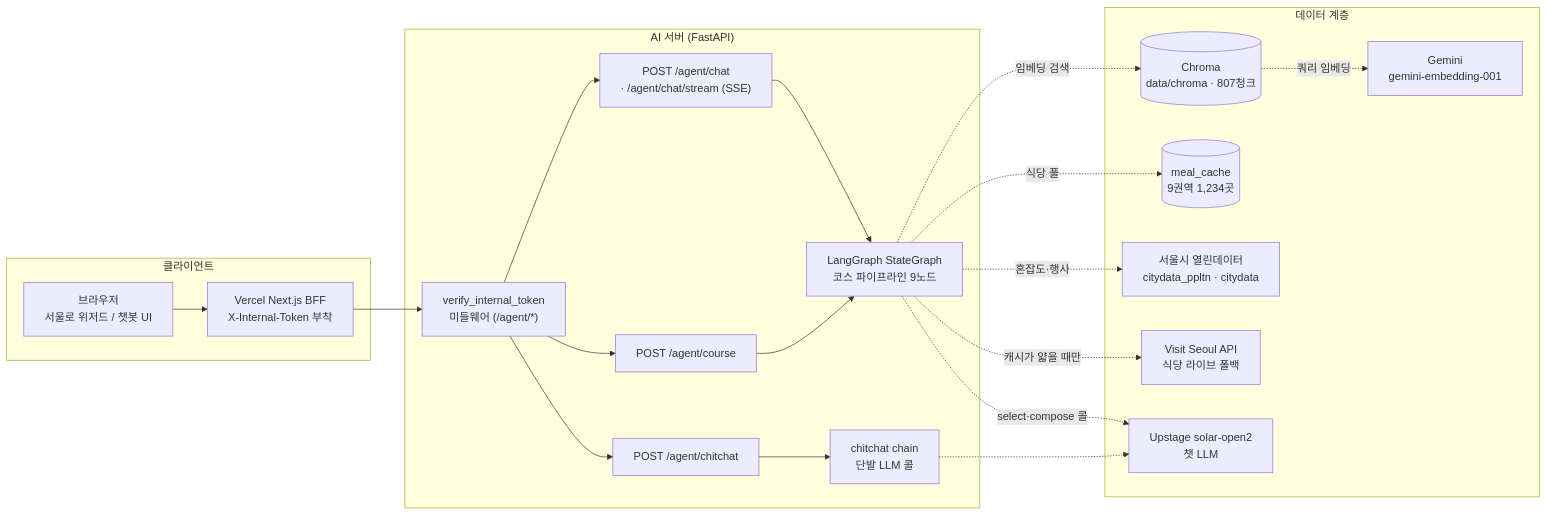
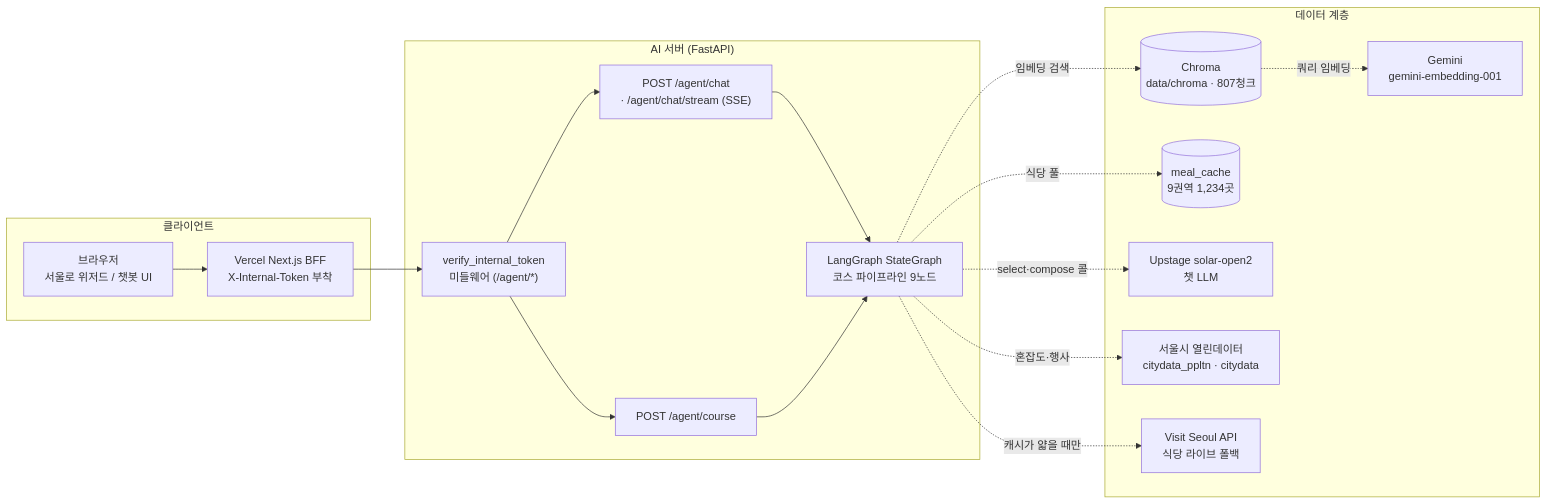
The first of 2 diagrams in README.md (seoddhh/lewisai), drawn with Mermaid before and after one commit. The commit also changed other lines of this file and 6 other files, not shown here.

````diff
--- a/README.md
+++ b/README.md
@@ -21,37 +22,33 @@
 ```mermaid
 flowchart LR
     subgraph client["클라이언트"]
         BR["브라우저<br/>서울로 위저드 / 챗봇 UI"]
         BFF["Vercel Next.js BFF<br/>X-Internal-Token 부착"]
     end
 
     subgraph server["AI 서버 (FastAPI)"]
         MW["verify_internal_token<br/>미들웨어 (/agent/*)"]
         R1["POST /agent/chat<br/>· /agent/chat/stream (SSE)"]
         R2["POST /agent/course"]
-        R3["POST /agent/chitchat"]
         G["LangGraph StateGraph<br/>코스 파이프라인 9노드"]
-        CC["chitchat chain<br/>단발 LLM 콜"]
     end
 
     subgraph data["데이터 계층"]
         CH[("Chroma<br/>data/chroma · 807청크")]
         MC[("meal_cache<br/>9권역 1,234곳")]
         SOL["Upstage solar-open2<br/>챗 LLM"]
         GEM["Gemini<br/>gemini-embedding-001"]
         SEO["서울시 열린데이터<br/>citydata_ppltn · citydata"]
         VS["Visit Seoul API<br/>식당 라이브 폴백"]
     end
 
     BR --> BFF --> MW
     MW --> R1 --> G
     MW --> R2 --> G
-    MW --> R3 --> CC
     G -. 임베딩 검색 .-> CH
     CH -. 쿼리 임베딩 .-> GEM
     G -. 식당 풀 .-> MC
     G -. 혼잡도·행사 .-> SEO
     G -. 캐시가 얇을 때만 .-> VS
     G -. select·compose 콜 .-> SOL
-    CC -.-> SOL
 ```
````
